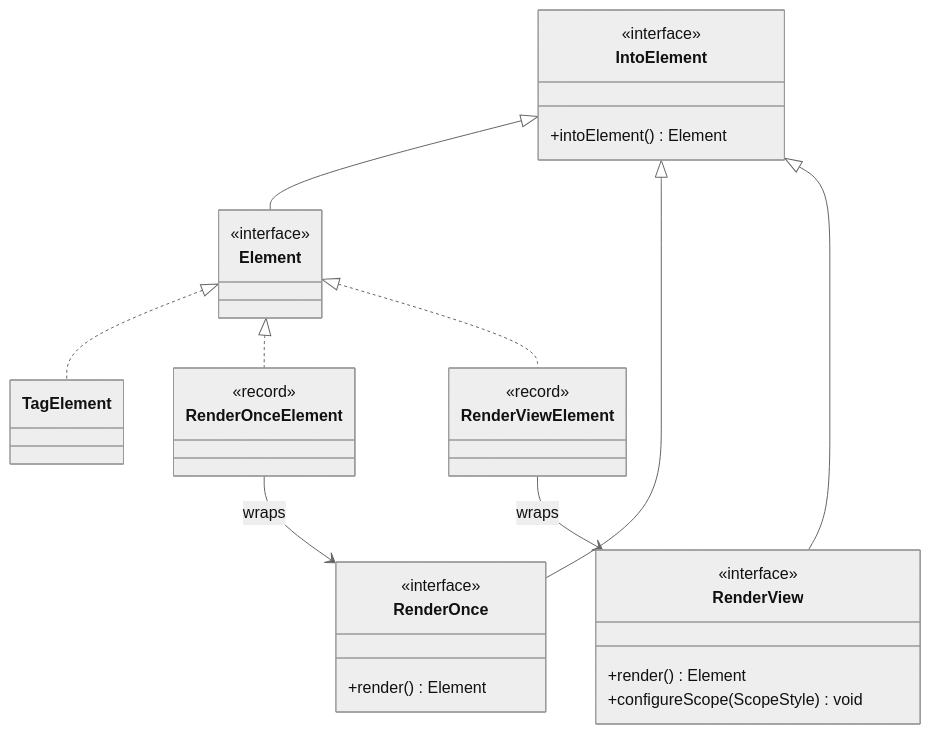
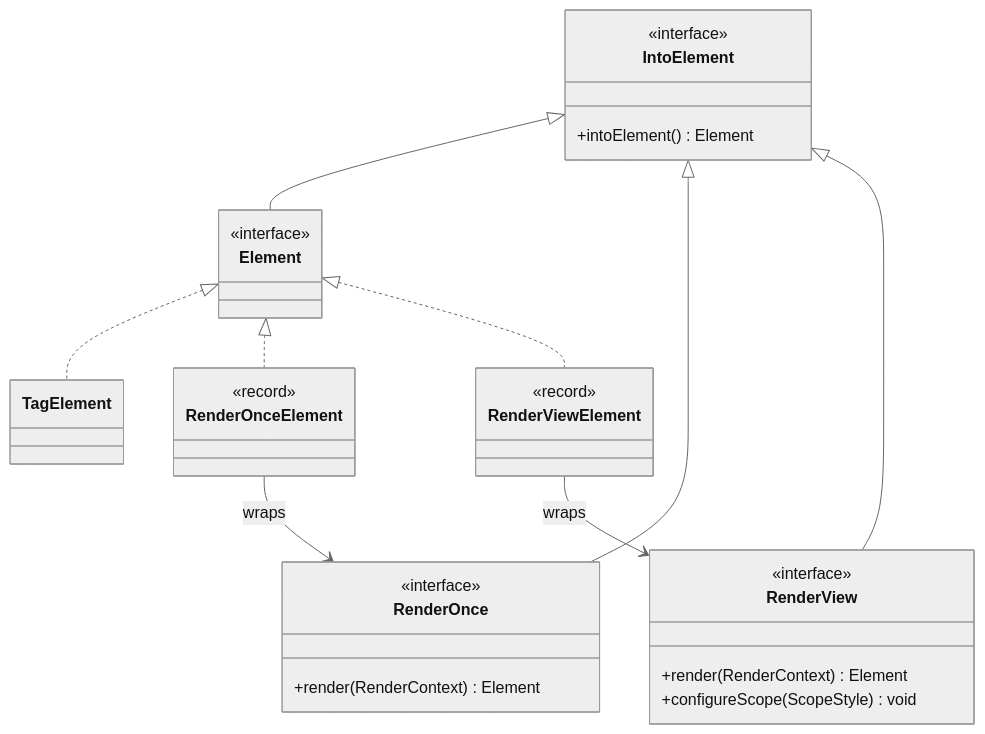
One commit to thiagogcm/tessera changed the first of 6 diagrams in docs/architecture.md. Above: the diagram before and after it, drawn with Mermaid (neutral theme). The commit also changed other lines of this file and 49 other files, not shown here.

First line of the commit message:
refactor!: pass RenderContext explicitly to render callbacks

````diff
--- a/docs/architecture.md
+++ b/docs/architecture.md
@@ -29,36 +29,36 @@
 ```mermaid
 classDiagram
     direction TB
     class IntoElement {
         <<interface>>
         +intoElement() Element
     }
     class Element {
         <<interface>>
     }
     class RenderOnce {
         <<interface>>
-        +render() Element
+        +render(RenderContext) Element
     }
     class RenderView {
         <<interface>>
-        +render() Element
+        +render(RenderContext) Element
         +configureScope(ScopeStyle) void
     }
     class TagElement
     class RenderOnceElement {
         <<record>>
     }
     class RenderViewElement {
         <<record>>
     }
 
     IntoElement <|-- Element
     IntoElement <|-- RenderOnce
     IntoElement <|-- RenderView
     Element <|.. TagElement
     Element <|.. RenderOnceElement
     Element <|.. RenderViewElement
     RenderOnceElement --> RenderOnce : wraps
     RenderViewElement --> RenderView : wraps
 ```
````
